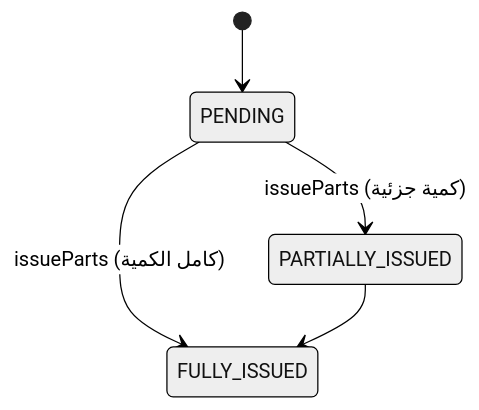
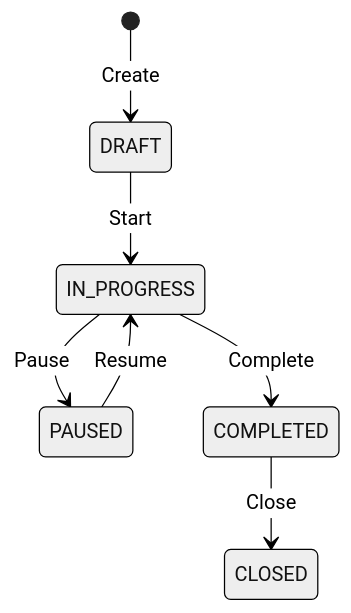
The sixth of 9 diagrams in docs/proofs/atsofterp-current-architecture-discovery-report.md (attef7474-byte/ATsoftERP), drawn with Mermaid (neutral theme) before and after one commit. The commit also changed other lines of this file and 142 other files, not shown here.

````diff
--- a/docs/proofs/atsofterp-current-architecture-discovery-report.md
+++ b/docs/proofs/atsofterp-current-architecture-discovery-report.md
@@ -582,7 +788,9 @@
 ```mermaid
 stateDiagram-v2
-    [*] --> PENDING
-    PENDING --> PARTIALLY_ISSUED: issueParts (كمية جزئية)
-    PENDING --> FULLY_ISSUED: issueParts (كامل الكمية)
-    PARTIALLY_ISSUED --> FULLY_ISSUED
+    [*] --> DRAFT : Create
+    DRAFT --> IN_PROGRESS : Start
+    IN_PROGRESS --> PAUSED : Pause
+    PAUSED --> IN_PROGRESS : Resume
+    IN_PROGRESS --> COMPLETED : Complete
+    COMPLETED --> CLOSED : Close
 ```
````
